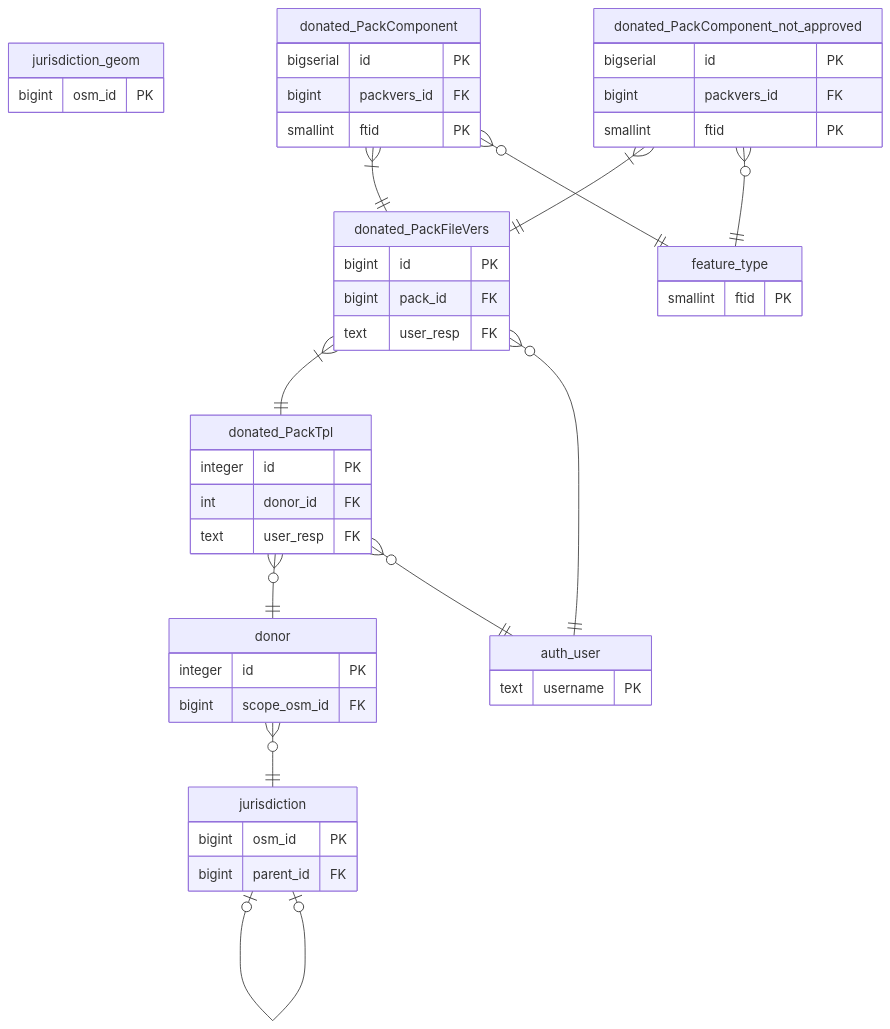
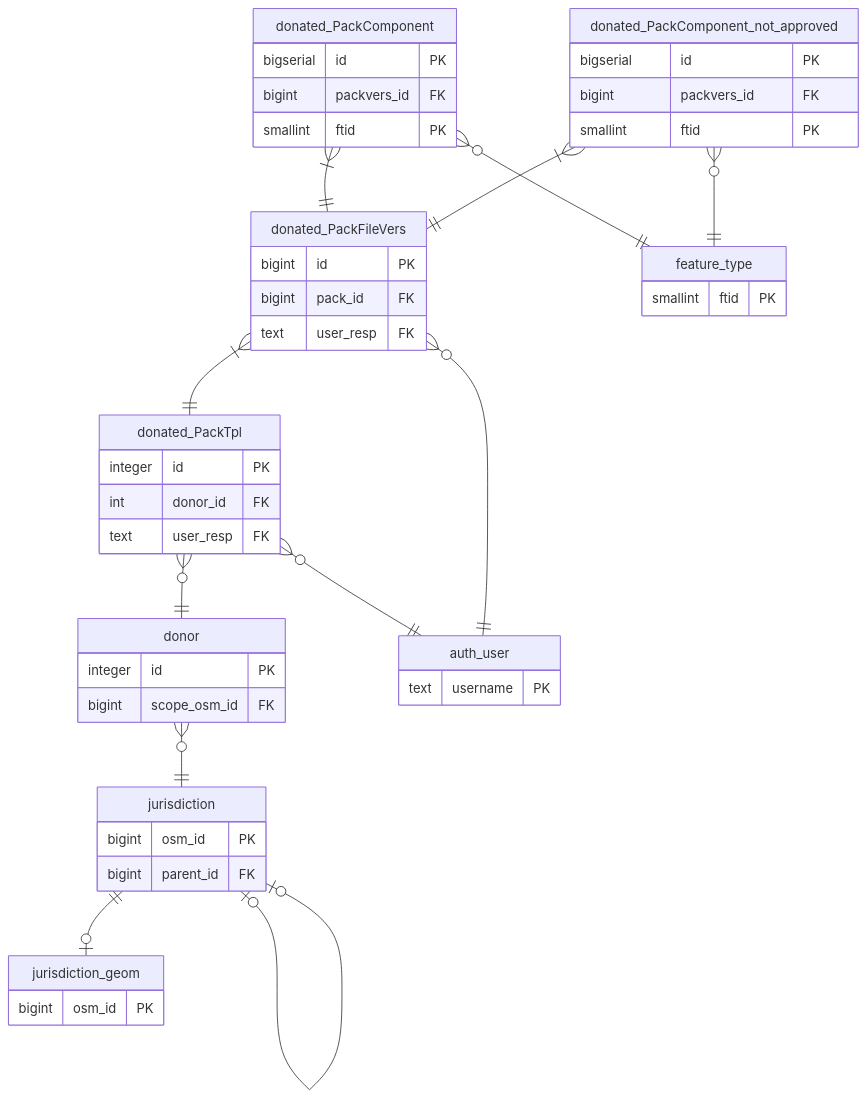
One commit to digital-guard/preserv changed the third of 3 diagrams in docs/pt/specUML.md. Above: the diagram before and after it, drawn with Mermaid. The commit also changed other lines of this file, not shown here.

Commit message:
adding draft UML class

````diff
--- a/docs/pt/specUML.md
+++ b/docs/pt/specUML.md
@@ -5,54 +66,55 @@
 ```mermaid
 erDiagram
+
     jurisdiction |o--o| jurisdiction : ""
-    jurisdiction_geom
-    auth_user
+    jurisdiction ||--o| jurisdiction_geom : ""
+
     donor }o--|| jurisdiction : ""
     donated_PackTpl }o--|| donor : ""
     donated_PackTpl }o--|| auth_user : ""
     donated_PackFileVers }|--|| donated_PackTpl : ""
     donated_PackFileVers }o--|| auth_user : ""
-    feature_type
+
     donated_PackComponent }|--|| donated_PackFileVers : ""
     donated_PackComponent }o--|| feature_type : ""
     donated_PackComponent_not_approved }|--|| donated_PackFileVers : ""
     donated_PackComponent_not_approved }o--|| feature_type : ""
 
     jurisdiction {
         bigint osm_id PK
         bigint parent_id FK
     }
     jurisdiction_geom {
         bigint osm_id PK
     }
     auth_user {
         text username PK
     }
     donor {
         integer id PK
         bigint scope_osm_id FK
     }
     donated_PackTpl {
         integer id PK
         int donor_id FK
         text user_resp FK
     }
     donated_PackFileVers {
         bigint id PK
         bigint pack_id FK
         text user_resp FK
     }
     feature_type {
         smallint ftid PK
     }
     donated_PackComponent {
         bigserial id PK
         bigint packvers_id FK
         smallint ftid PK
     }
     donated_PackComponent_not_approved {
         bigserial id PK
         bigint packvers_id FK
         smallint ftid PK
     }
 ```
````
